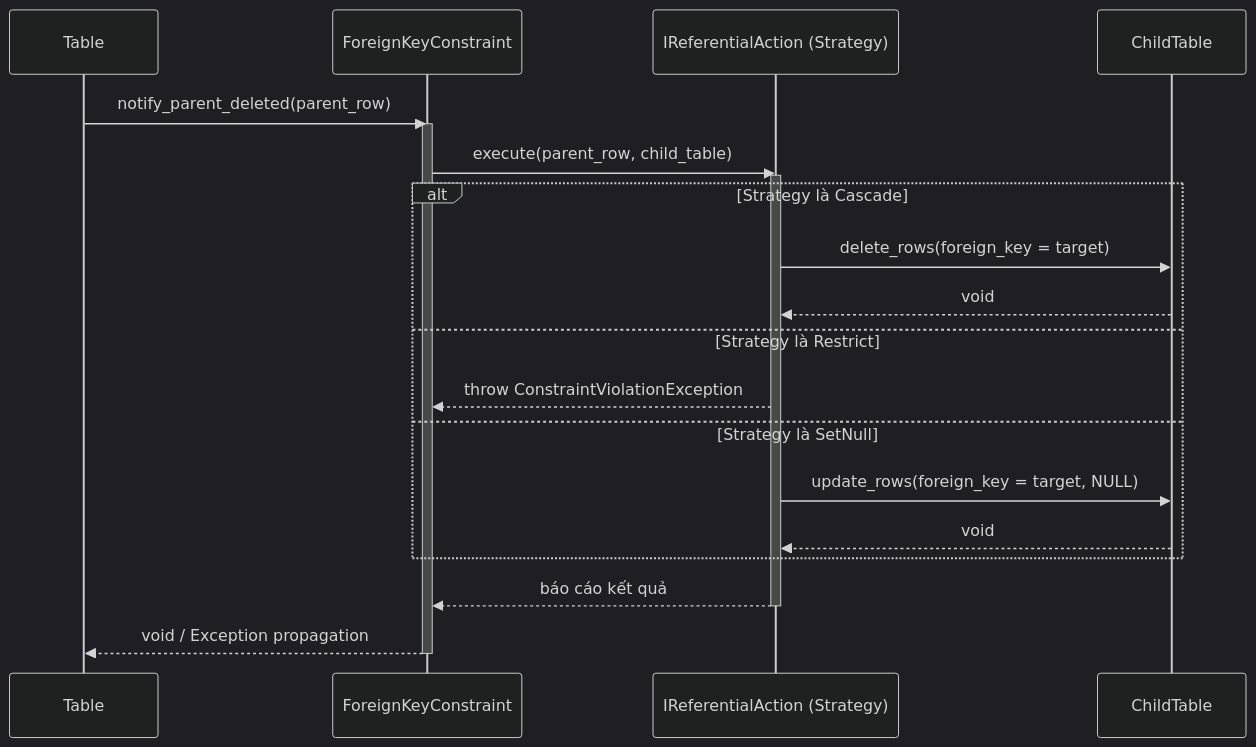
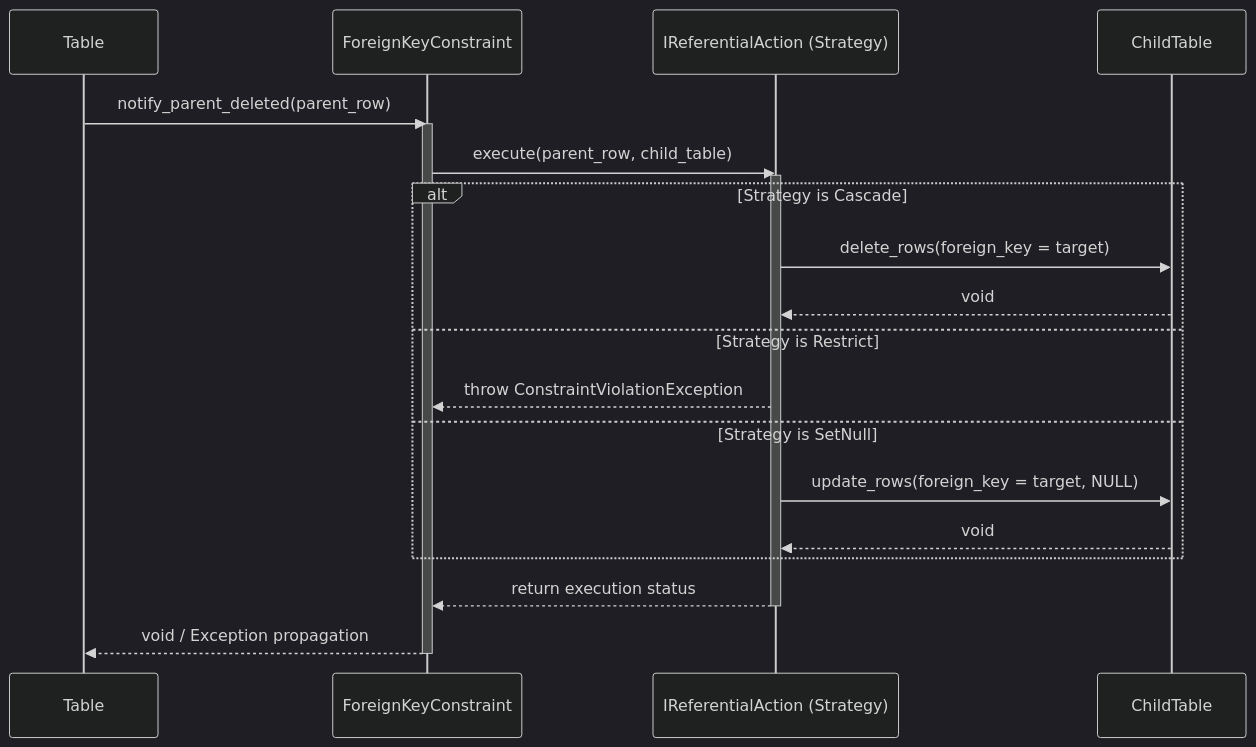
Before and after one commit to Ricky13170/bbv_DBMS: the ninth of 18 diagrams in docs/readme.md, drawn with Mermaid (dark theme). The commit also changed other lines of this file, not shown here.

````diff
--- a/docs/readme.md
+++ b/docs/readme.md
@@ -231,29 +231,29 @@
 ```mermaid
 sequenceDiagram
     participant Table
     participant FK as ForeignKeyConstraint
     participant Action as IReferentialAction (Strategy)
     participant ChildTable
     
-    %% Khi một hàng cha bị xóa đi
+    %% When a parent row is deleted
     Table->>FK: notify_parent_deleted(parent_row)
     activate FK
     FK->>Action: execute(parent_row, child_table)
     activate Action
     
-    %% Quyền sinh sát lúc này nằm trong tay Strategy
-    alt Strategy là Cascade
+    %% Execution delegated to Strategy
+    alt Strategy is Cascade
         Action->>ChildTable: delete_rows(foreign_key = target)
         ChildTable-->>Action: void
-    else Strategy là Restrict
+    else Strategy is Restrict
         Action-->>FK: throw ConstraintViolationException
-    else Strategy là SetNull
+    else Strategy is SetNull
         Action->>ChildTable: update_rows(foreign_key = target, NULL)
         ChildTable-->>Action: void
     end
     
-    Action-->>FK: báo cáo kết quả
+    Action-->>FK: return execution status
     deactivate Action
     FK-->>Table: void / Exception propagation
     deactivate FK
 ```
````
